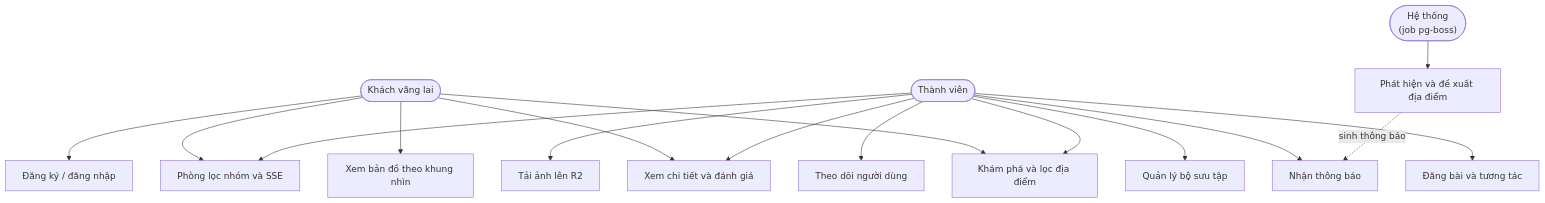
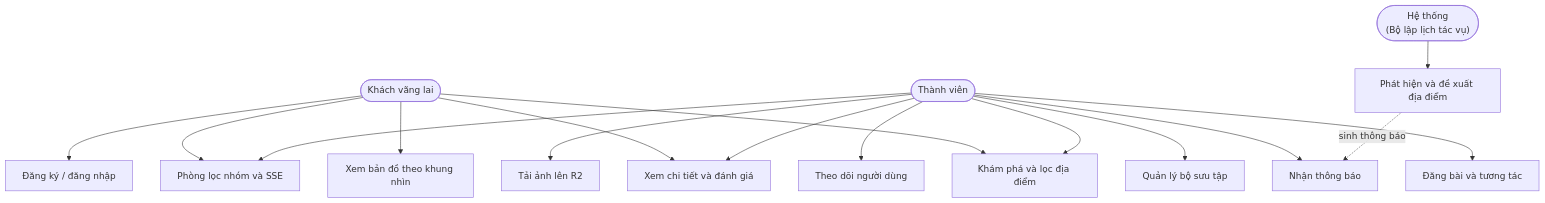
One commit to longqt321/Rendez-PBL6 changed the second of 14 diagrams in docs/bao-cao/BAO-CAO-DO-AN.md. Above: the diagram before and after it, drawn with Mermaid. The commit also changed other lines of this file, not shown here.

Commit message:
docs: transform technology catalog into rigorous architectural trade-off analysis

````diff
--- a/docs/bao-cao/BAO-CAO-DO-AN.md
+++ b/docs/bao-cao/BAO-CAO-DO-AN.md
@@ -197,34 +199,34 @@
 ```mermaid
 flowchart TB
   Guest(["Khách vãng lai"])
   Member(["Thành viên"])
-  System(["Hệ thống<br/>(job pg-boss)"])
+  System(["Hệ thống<br/>(Bộ lập lịch tác vụ)"])
 
   UC1["Khám phá và lọc địa điểm"]
   UC2["Xem bản đồ theo khung nhìn"]
   UC3["Xem chi tiết và đánh giá"]
   UC4["Đăng ký / đăng nhập"]
   UC5["Đăng bài và tương tác"]
   UC6["Quản lý bộ sưu tập"]
   UC7["Theo dõi người dùng"]
   UC8["Nhận thông báo"]
   UC9["Phòng lọc nhóm và SSE"]
   UC10["Tải ảnh lên R2"]
   UC11["Phát hiện và đề xuất địa điểm"]
 
   Guest --> UC1
   Guest --> UC2
   Guest --> UC3
   Guest --> UC4
   Guest --> UC9
   Member --> UC1
   Member --> UC3
   Member --> UC5
   Member --> UC6
   Member --> UC7
   Member --> UC8
   Member --> UC9
   Member --> UC10
   System --> UC11
   UC11 -. "sinh thông báo" .-> UC8
 ```
````
